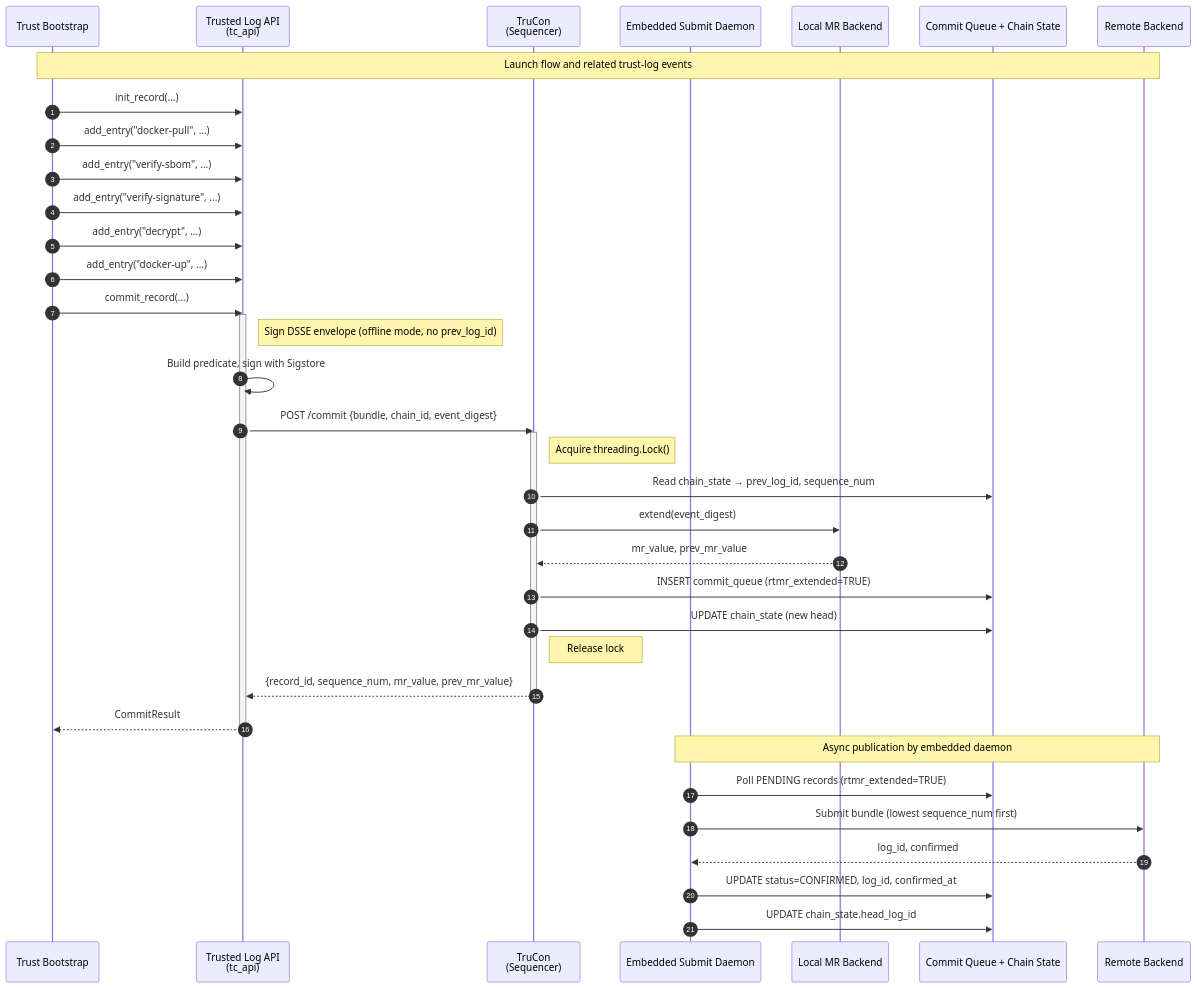
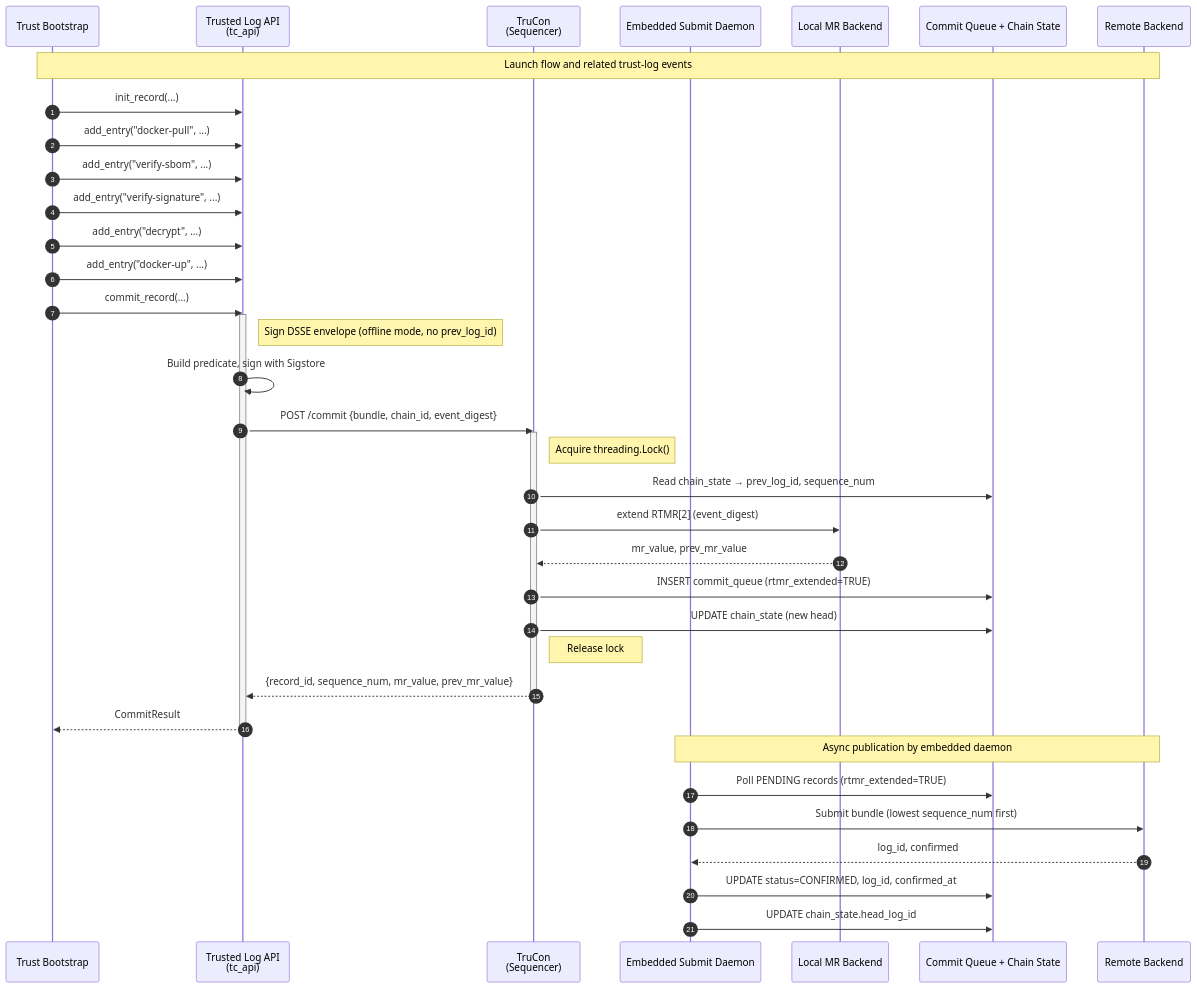
Before and after one commit to intel/confidential-computing-zoo: the sixth of 7 diagrams in docs/trusted-log/architecture.md, drawn with Mermaid. The commit also changed other lines of this file and 17 other files, not shown here.

````diff
--- a/docs/trusted-log/architecture.md
+++ b/docs/trusted-log/architecture.md
@@ -589,44 +604,44 @@
 ```mermaid
 sequenceDiagram
     autonumber
 
     participant TB as Trust Bootstrap
     participant TL as Trusted Log API<br/>(tc_api)
     participant TA as TruCon<br/>(Sequencer)
     participant SD as Embedded Submit Daemon
     participant LB as Local MR Backend
     participant PQ as Commit Queue + Chain State
     participant RB as Remote Backend
 
     Note over TB,RB: Launch flow and related trust-log events
     TB->>TL: init_record(...)
     TB->>TL: add_entry("docker-pull", ...)
     TB->>TL: add_entry("verify-sbom", ...)
     TB->>TL: add_entry("verify-signature", ...)
     TB->>TL: add_entry("decrypt", ...)
     TB->>TL: add_entry("docker-up", ...)
     TB->>TL: commit_record(...)
     activate TL
     Note right of TL: Sign DSSE envelope (offline mode, no prev_log_id)
     TL->>TL: Build predicate, sign with Sigstore
     TL->>TA: POST /commit {bundle, chain_id, event_digest}
     activate TA
     Note right of TA: Acquire threading.Lock()
     TA->>PQ: Read chain_state → prev_log_id, sequence_num
-    TA->>LB: extend(event_digest)
+    TA->>LB: extend RTMR[2] (event_digest)
     LB-->>TA: mr_value, prev_mr_value
     TA->>PQ: INSERT commit_queue (rtmr_extended=TRUE)
     TA->>PQ: UPDATE chain_state (new head)
     Note right of TA: Release lock
     TA-->>TL: {record_id, sequence_num, mr_value, prev_mr_value}
     deactivate TA
     TL-->>TB: CommitResult
     deactivate TL
 
     Note over SD,RB: Async publication by embedded daemon
     SD->>PQ: Poll PENDING records (rtmr_extended=TRUE)
     SD->>RB: Submit bundle (lowest sequence_num first)
     RB-->>SD: log_id, confirmed
     SD->>PQ: UPDATE status=CONFIRMED, log_id, confirmed_at
     SD->>PQ: UPDATE chain_state.head_log_id
 ```
````
